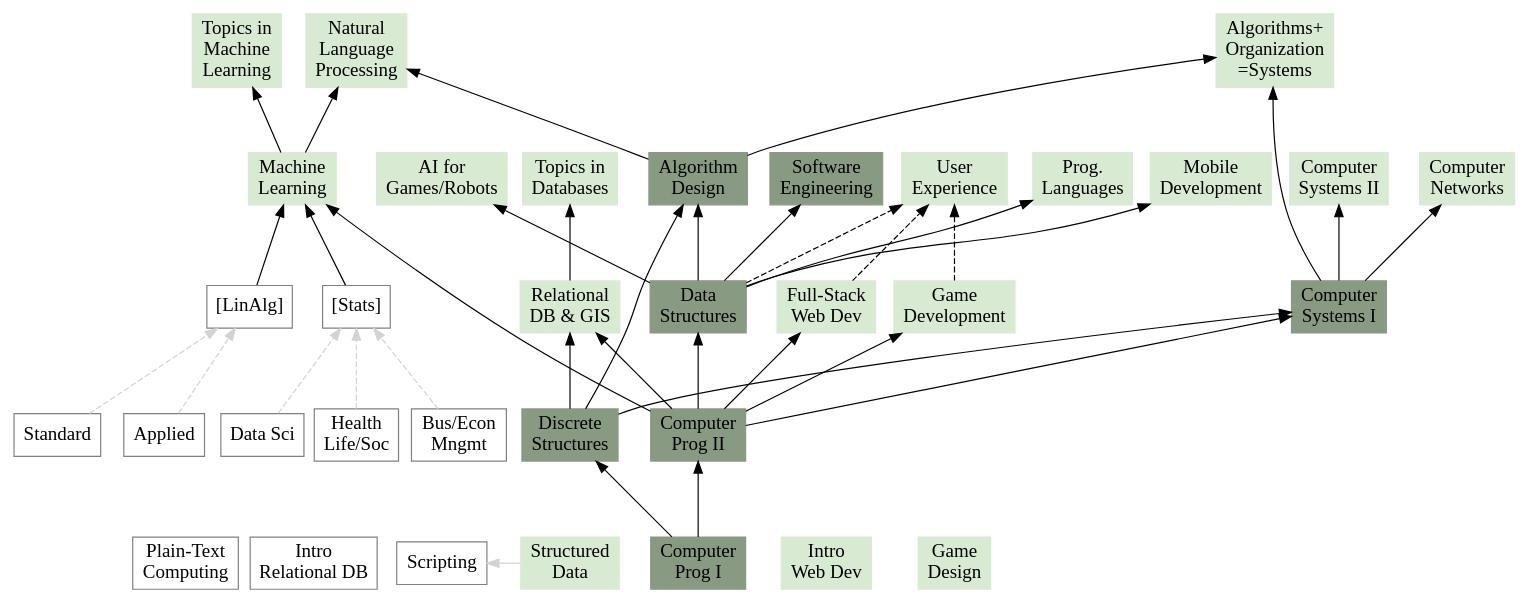
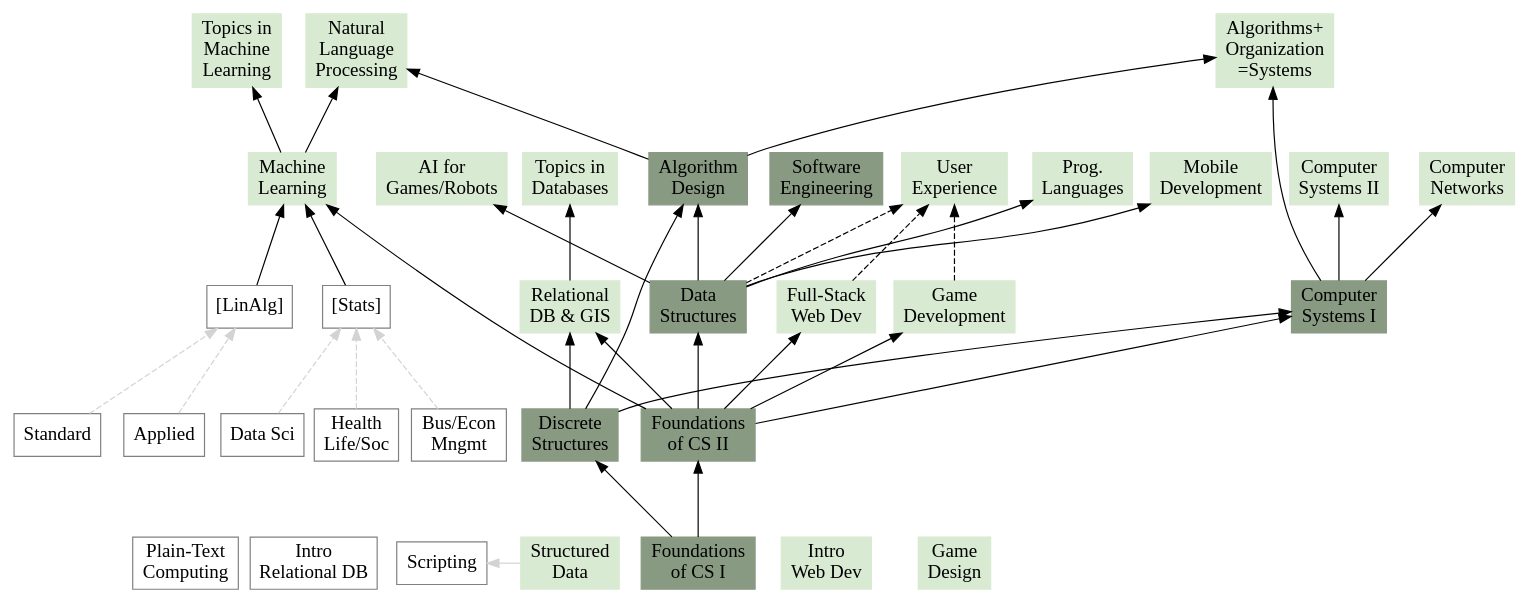
Before and after one commit to iccompsci/internal: the diagram in assets/curriculum/bt.dot, drawn with Graphviz. The commit also changed 13 other files, not shown here.

Commit message:
Rename Foundations of CS courses in diagrams and interactive labels

```diff
--- a/assets/curriculum/bt.dot
+++ b/assets/curriculum/bt.dot
@@ -1,47 +1,47 @@
 digraph G {		
 graph[layout=neato]		
 graph[rankdir=BT]		
 graph[margin=0]		
 graph[splines=true]		
 graph[fontname="Times"]		
 node[fontname="Times"]		
 node[fontsize="16"]		
 node [shape=box]		
 edge[fontname="Times"]		
 		
 IWD [label="Intro\nWeb Dev" pos="11.5,0!" color="#D9EAD3" style="filled"]		
 IGD [label="Game\nDesign" pos="13,0!" color="#D9EAD3" style="filled"]		
 WSD [label="Structured\nData" pos="8.5,0!" color="#D9EAD3" style="filled"]		
 SSS [label="Scripting" pos="7,0!" color="gray" style=""]	WSD -> SSS [color=lightgray style=solid]	
 WRD [label="Intro\nRelational DB" pos="5.5,0!" color="gray" style=""]		
 PTC [label="Plain-Text\nComputing" pos="4,0!" color="gray" style=""]		
-CS1 [label="Computer\nProg I" pos="10,0!" color="#899A83" style="filled"]		
-CS2 [label="Computer\nProg II" pos="10,1.5!" color="#899A83" style="filled"]	CS1 -> CS2 [color=black style=solid]	
+CS1 [label="Foundations\nof CS I" pos="10,0!" color="#899A83" style="filled"]		
+CS2 [label="Foundations\nof CS II" pos="10,1.5!" color="#899A83" style="filled"]	CS1 -> CS2 [color=black style=solid]	
 FSWD [label="Full-Stack\nWeb Dev" pos="11.5,3!" color="#D9EAD3" style="filled"]	CS2 -> FSWD [color=black style=solid]	
 GD [label="Game\nDevelopment" pos="13,3!" color="#D9EAD3" style="filled"]	CS2 -> GD [color=black style=solid]	
 Sys1 [label="Computer\nSystems I" pos="17.5,3!" color="#899A83" style="filled"]	CS2 -> Sys1 [color=black style=solid] DM -> Sys1 [color=black style=solid]	
 DM [label="Discrete\nStructures" pos="8.5,1.5!" color="#899A83" style="filled"]	CS1 -> DM [color=black style=solid]	
 DS [label="Data\nStructures" pos="10,3!" color="#899A83" style="filled"]	CS2 -> DS [color=black style=solid]	
 RDS [label="Relational\nDB & GIS" pos="8.5,3!" color="#D9EAD3" style="filled"]	CS2 -> RDS [color=black style=solid] DM -> RDS [color=black style=solid]	
 MD [label="Mobile\nDevelopment" pos="16,4.5!" color="#D9EAD3" style="filled"]	DS -> MD [color=black style=solid]	
 Sys2 [label="Computer\nSystems II" pos="17.5,4.5!" color="#D9EAD3" style="filled"]	Sys1 -> Sys2 [color=black style=solid]	
 Alg [label="Algorithm\nDesign" pos="10,4.5!" color="#899A83" style="filled"]	DM -> Alg [color=black style=solid] DS -> Alg [color=black style=solid]	
 PL [label="Prog.\nLanguages" pos="14.5,4.5!" color="#D9EAD3" style="filled"]	DS -> PL [color=black style=solid]	
 HCI [label="User\nExperience" pos="13,4.5!" color="#D9EAD3" style="filled"]		FSWD -> HCI [color=black style=dashed] GD -> HCI [color=black style=dashed] DS -> HCI [color=black style=dashed]
 SE [label="Software\nEngineering" pos="11.5,4.5!" color="#899A83" style="filled"]	DS -> SE [color=black style=solid]	
 ML [label="Machine\nLearning" pos="5.25,4.5!" color="#D9EAD3" style="filled"]	CS2 -> ML [color=black style=solid] Stats -> ML [color=black style=solid] LA -> ML [color=black style=solid]	
 AIGR [label="AI for\nGames/Robots" pos="7,4.5!" color="#D9EAD3" style="filled"]	DS -> AIGR [color=black style=solid]	
 CN [label="Computer\nNetworks" pos="19,4.5!" color="#D9EAD3" style="filled"]	Sys1 -> CN [color=black style=solid]	
 DB [label="Topics in\nDatabases" pos="8.5,4.5!" color="#D9EAD3" style="filled"]	RDS -> DB [color=black style=solid]	
 AOS [label="Algorithms+\nOrganization\n=Systems" pos="16.75,6!" color="#D9EAD3" style="filled"]	Sys1 -> AOS [color=black style=solid] Alg -> AOS [color=black style=solid]	
 TML [label="Topics in\nMachine\nLearning" pos="4.6,6!" color="#D9EAD3" style="filled"]	ML -> TML [color=black style=solid]	
 NLP [label="Natural\nLanguage\nProcessing" pos="6,6!" color="#D9EAD3" style="filled"]	ML -> NLP [color=black style=solid] Alg -> NLP [color=black style=solid]	
 StatBEM [label="Bus/Econ\nMngmt" pos="7.2,1.5!" color="gray" style=""]		
 StatsHLSS [label="Health\nLife/Soc" pos="6,1.5!" color="gray" style=""]		
 StatDS [label="Data Sci" pos="4.9,1.5!" color="gray" style=""]		
 Stats [label="[Stats]" pos="6,3!" color="gray" style=""]		StatBEM -> Stats [color=lightgray style=dashed] StatsHLSS -> Stats [color=lightgray style=dashed] StatDS -> Stats [color=lightgray style=dashed]
 AppLA [label="Applied" pos="3.75,1.5!" color="gray" style=""]		
 NormLA [label="Standard" pos="2.5,1.5!" color="gray" style=""]		
 LA [label="[LinAlg]" pos="4.75,3!" color="gray" style=""]		AppLA -> LA [color=lightgray style=dashed] NormLA -> LA [color=lightgray style=dashed]
 		
 }		
```
